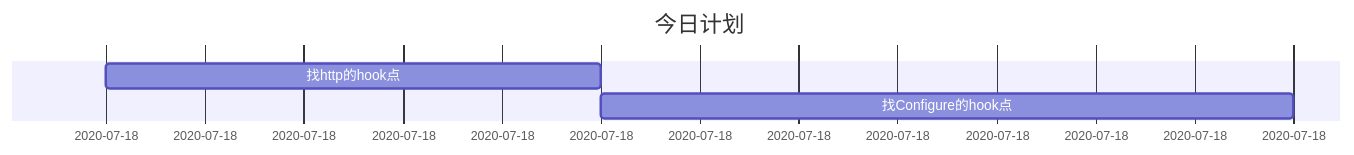
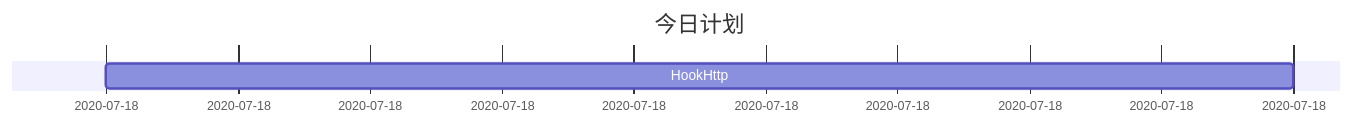
Before and after one commit to luotianqi777/Notebook: the second of 2 diagrams in Plan.md, drawn with Mermaid. The commit also changed other lines of this file and 2 other files, not shown here.

````diff
--- a/Plan.md
+++ b/Plan.md
@@ -20,7 +20,6 @@
 ```mermaid
 gantt
 dateFormat  HH:mm
 title 今日计划
-找http的hook点: 09:00, 14:00
-找Configure的hook点: 14:00, 21:00
+HookHttp: 09:00, 18:00
 ```
````
